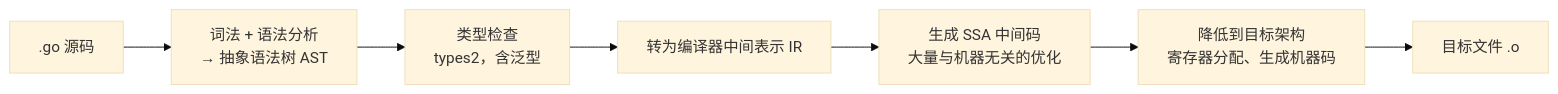
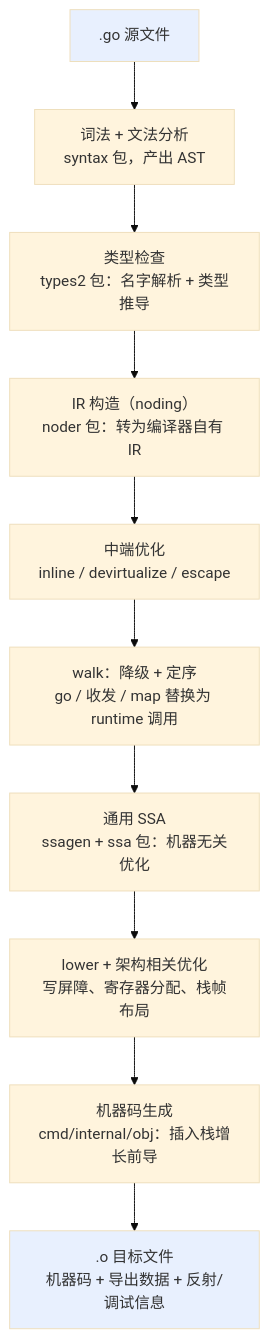
Before and after one commit to golang-design/under-the-hood: the diagram in book/zh-cn/part1overview/ch03life/compile.md, drawn with Mermaid (base theme). The commit also changed other lines of this file and 5 other files, not shown here.

````diff
--- a/book/zh-cn/part1overview/ch03life/compile.md
+++ b/book/zh-cn/part1overview/ch03life/compile.md
@@ -16,9 +51,14 @@
 ```mermaid
-flowchart LR
-    SRC[".go 源码"] --> LEX["词法 + 语法分析<br/>→ 抽象语法树 AST"]
-    LEX --> TC["类型检查<br/>types2，含泛型"]
-    TC --> IR["转为编译器中间表示 IR"]
-    IR --> SSA["生成 SSA 中间码<br/>大量与机器无关的优化"]
-    SSA --> MC["降低到目标架构<br/>寄存器分配、生成机器码"]
-    MC --> OBJ["目标文件 .o"]
+flowchart TD
+    SRC[".go 源文件"] --> LEX["词法 + 文法分析<br/>syntax 包，产出 AST"]
+    LEX --> TC["类型检查<br/>types2 包：名字解析 + 类型推导"]
+    TC --> IR["IR 构造（noding）<br/>noder 包：转为编译器自有 IR"]
+    IR --> MID["中端优化<br/>inline / devirtualize / escape"]
+    MID --> WALK["walk：降级 + 定序<br/>go / 收发 / map 替换为 runtime 调用"]
+    WALK --> SSA["通用 SSA<br/>ssagen + ssa 包：机器无关优化"]
+    SSA --> LOWER["lower + 架构相关优化<br/>写屏障、寄存器分配、栈帧布局"]
+    LOWER --> OBJ["机器码生成<br/>cmd/internal/obj：插入栈增长前导"]
+    OBJ --> O[".o 目标文件<br/>机器码 + 导出数据 + 反射/调试信息"]
+    style SRC fill:#e8f0fe
+    style O fill:#e8f0fe
 ```
````
